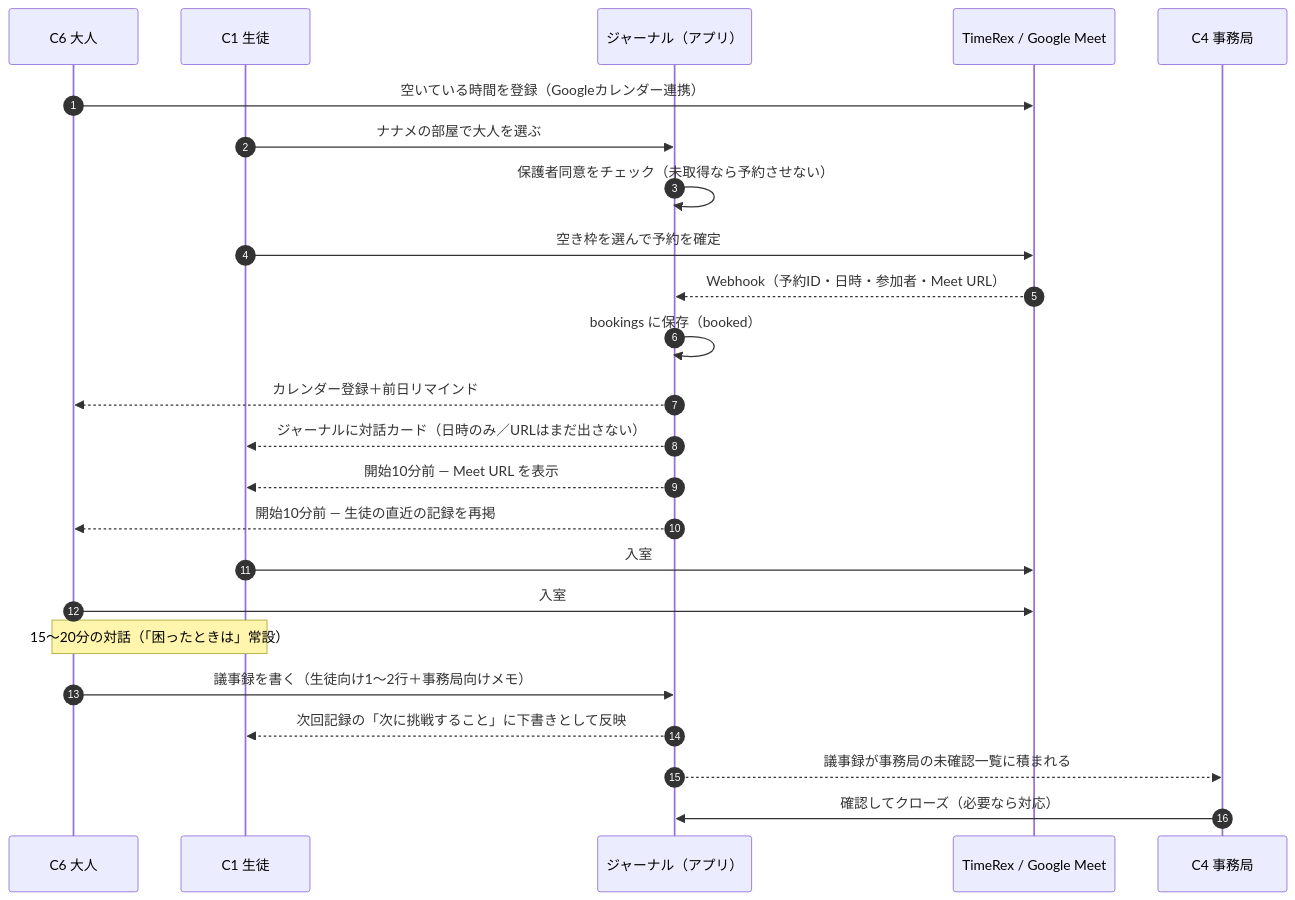
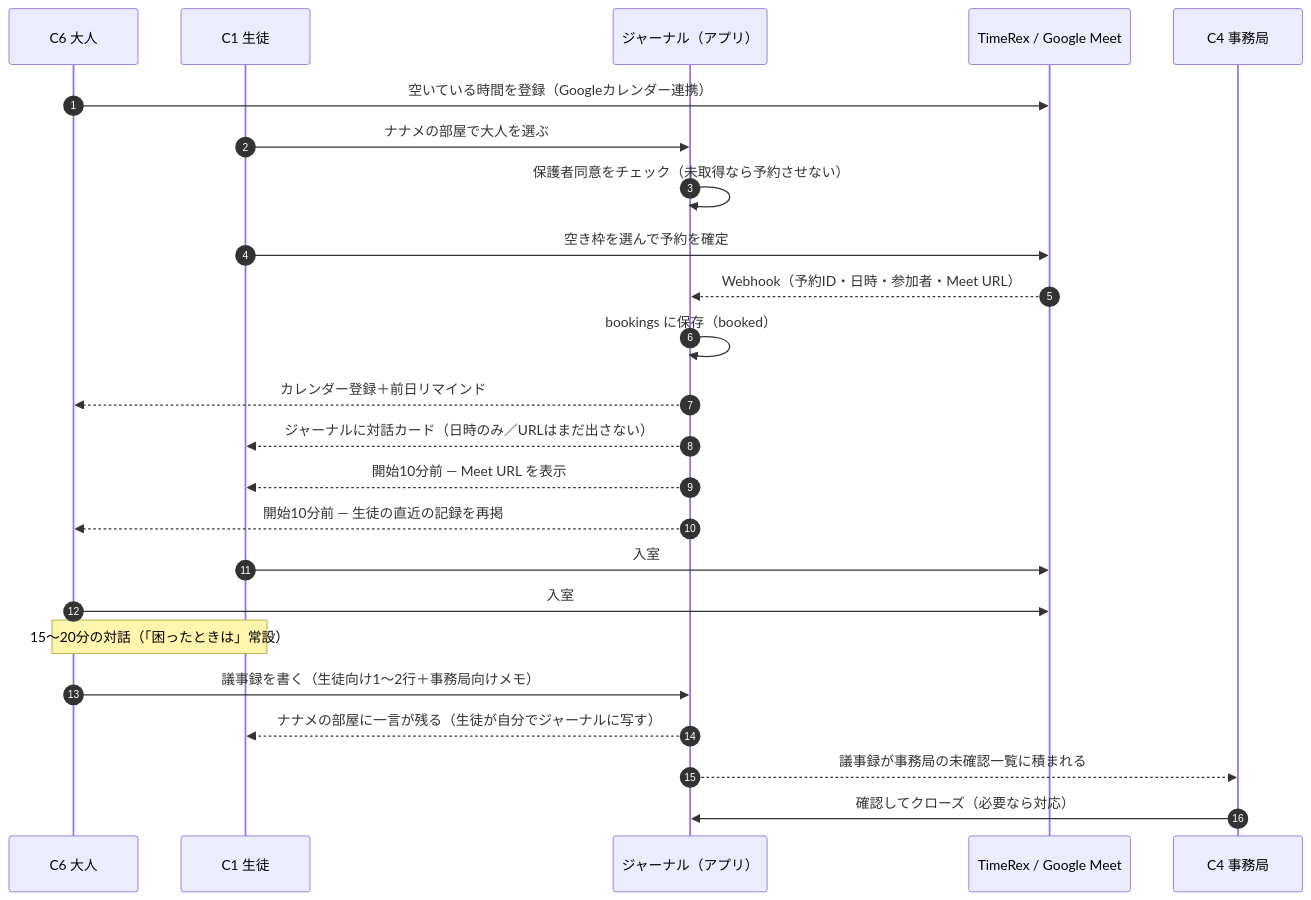
Before and after one commit to samboofficeota-hue/tankyu-journal: the first of 2 diagrams in docs/nanameya-flow.md, drawn with Mermaid. The commit also changed other lines of this file and 7 other files, not shown here.

````diff
--- a/docs/nanameya-flow.md
+++ b/docs/nanameya-flow.md
@@ -15,27 +15,27 @@
 ```mermaid
 sequenceDiagram
   autonumber
   participant V as C6 大人
   participant S as C1 生徒
   participant A as ジャーナル（アプリ）
   participant T as TimeRex / Google Meet
   participant O as C4 事務局
 
   V->>T: 空いている時間を登録（Googleカレンダー連携）
   S->>A: ナナメの部屋で大人を選ぶ
   A->>A: 保護者同意をチェック（未取得なら予約させない）
   S->>T: 空き枠を選んで予約を確定
   T-->>A: Webhook（予約ID・日時・参加者・Meet URL）
   A->>A: bookings に保存（booked）
   A-->>V: カレンダー登録＋前日リマインド
   A-->>S: ジャーナルに対話カード（日時のみ／URLはまだ出さない）
   A-->>S: 開始10分前 — Meet URL を表示
   A-->>V: 開始10分前 — 生徒の直近の記録を再掲
   S->>T: 入室
   V->>T: 入室
   Note over S,V: 15〜20分の対話（「困ったときは」常設）
   V->>A: 議事録を書く（生徒向け1〜2行＋事務局向けメモ）
-  A-->>S: 次回記録の「次に挑戦すること」に下書きとして反映
+  A-->>S: ナナメの部屋に一言が残る（生徒が自分でジャーナルに写す）
   A-->>O: 議事録が事務局の未確認一覧に積まれる
   O->>A: 確認してクローズ（必要なら対応）
 ```
````
